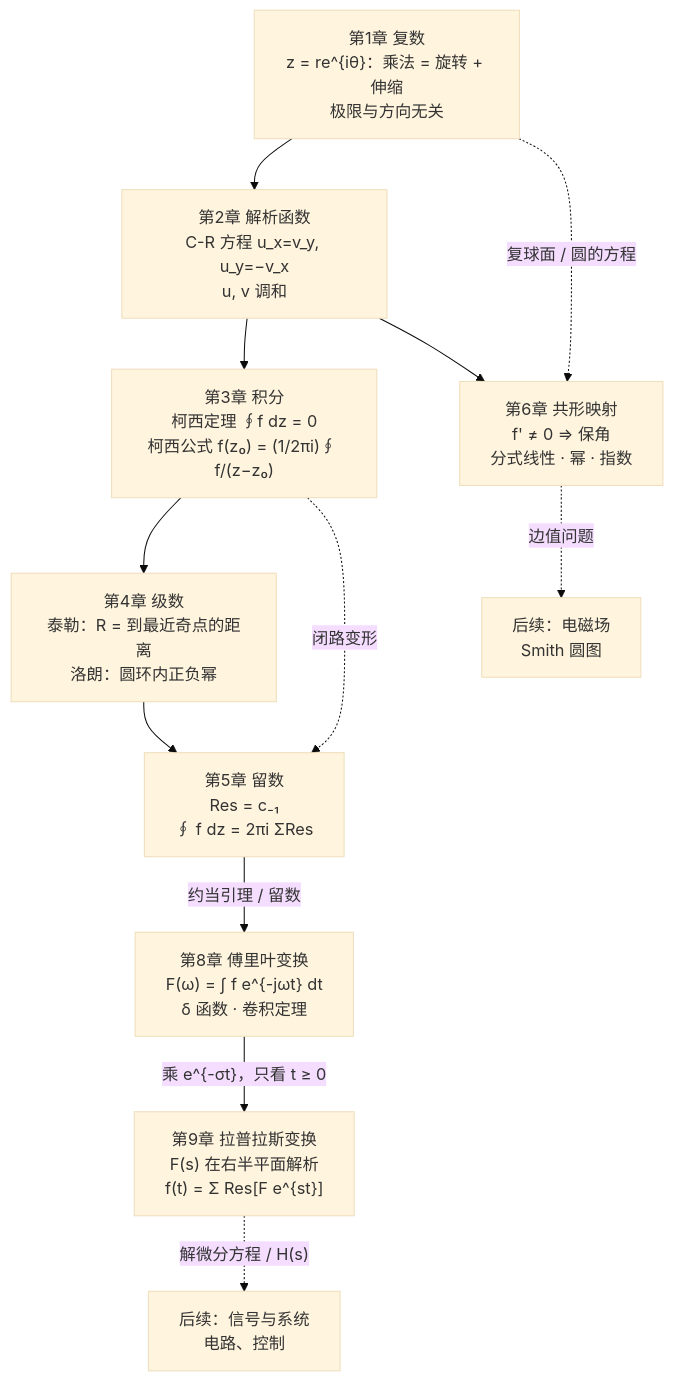
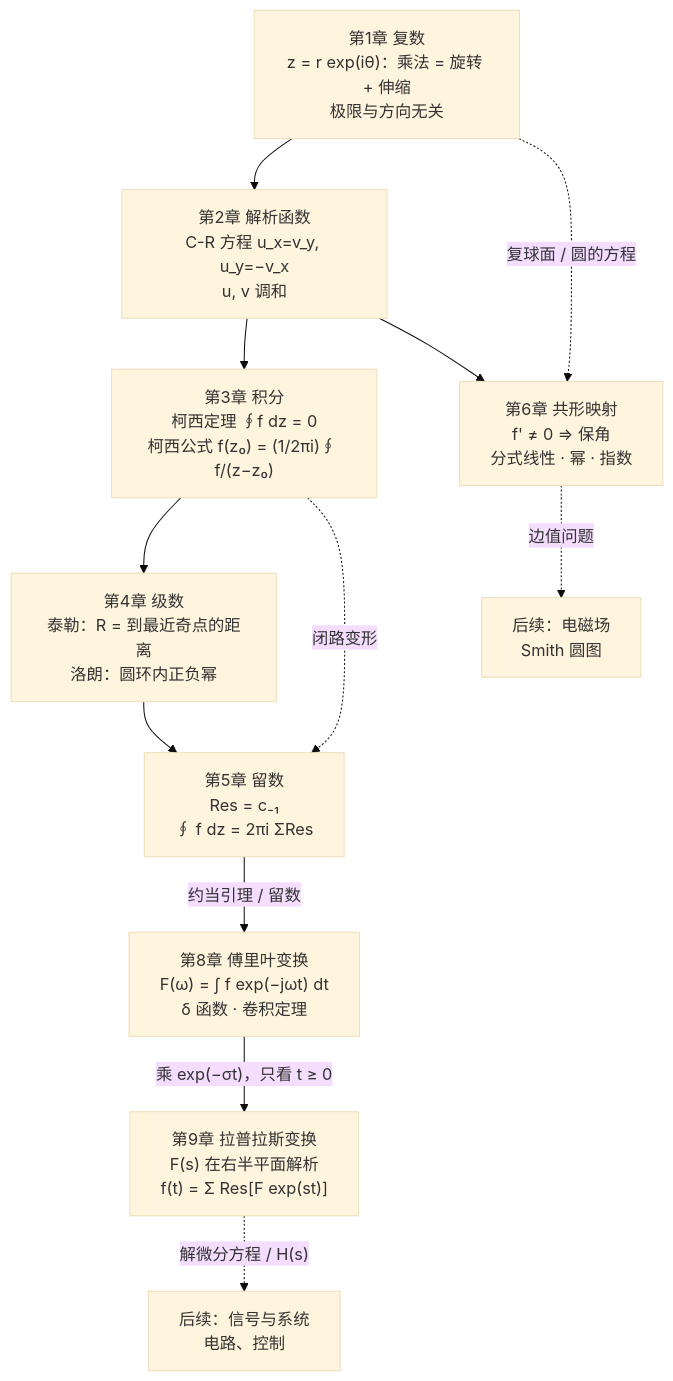
Before and after one commit to cockroach-f/complex-functions: the diagram in docs/summary.md, drawn with Mermaid (base theme). The commit also changed 2 other files, not shown here.

Commit message:
归纳图里的指数改成 exp，避免 ^ 和花括号原样显示。

````diff
--- a/docs/summary.md
+++ b/docs/summary.md
@@ -13,14 +13,14 @@
 ```mermaid
 flowchart TD
-    C1["第1章 复数<br/>z = re^{iθ}：乘法 = 旋转 + 伸缩<br/>极限与方向无关"] --> C2["第2章 解析函数<br/>C-R 方程 u_x=v_y, u_y=−v_x<br/>u, v 调和"]
+    C1["第1章 复数<br/>z = r exp(iθ)：乘法 = 旋转 + 伸缩<br/>极限与方向无关"] --> C2["第2章 解析函数<br/>C-R 方程 u_x=v_y, u_y=−v_x<br/>u, v 调和"]
     C2 --> C3["第3章 积分<br/>柯西定理 ∮f dz = 0<br/>柯西公式 f(z₀) = (1/2πi)∮ f/(z−z₀)"]
     C3 --> C4["第4章 级数<br/>泰勒：R = 到最近奇点的距离<br/>洛朗：圆环内正负幂"]
     C4 --> C5["第5章 留数<br/>Res = c₋₁<br/>∮ f dz = 2πi ΣRes"]
     C2 --> C6["第6章 共形映射<br/>f' ≠ 0 ⇒ 保角<br/>分式线性 · 幂 · 指数"]
     C1 -.复球面 / 圆的方程.-> C6
     C3 -.闭路变形.-> C5
-    C5 -- "约当引理 / 留数" --> C8["第8章 傅里叶变换<br/>F(ω) = ∫ f e^{-jωt} dt<br/>δ 函数 · 卷积定理"]
-    C8 -- "乘 e^{-σt}，只看 t ≥ 0" --> C9["第9章 拉普拉斯变换<br/>F(s) 在右半平面解析<br/>f(t) = Σ Res[F e^{st}]"]
+    C5 -- "约当引理 / 留数" --> C8["第8章 傅里叶变换<br/>F(ω) = ∫ f exp(−jωt) dt<br/>δ 函数 · 卷积定理"]
+    C8 -- "乘 exp(−σt)，只看 t ≥ 0" --> C9["第9章 拉普拉斯变换<br/>F(s) 在右半平面解析<br/>f(t) = Σ Res[F exp(st)]"]
     C9 -.解微分方程 / H(s).-> APP["后续：信号与系统<br/>电路、控制"]
     C6 -.边值问题.-> APP2["后续：电磁场<br/>Smith 圆图"]
 ```
````
